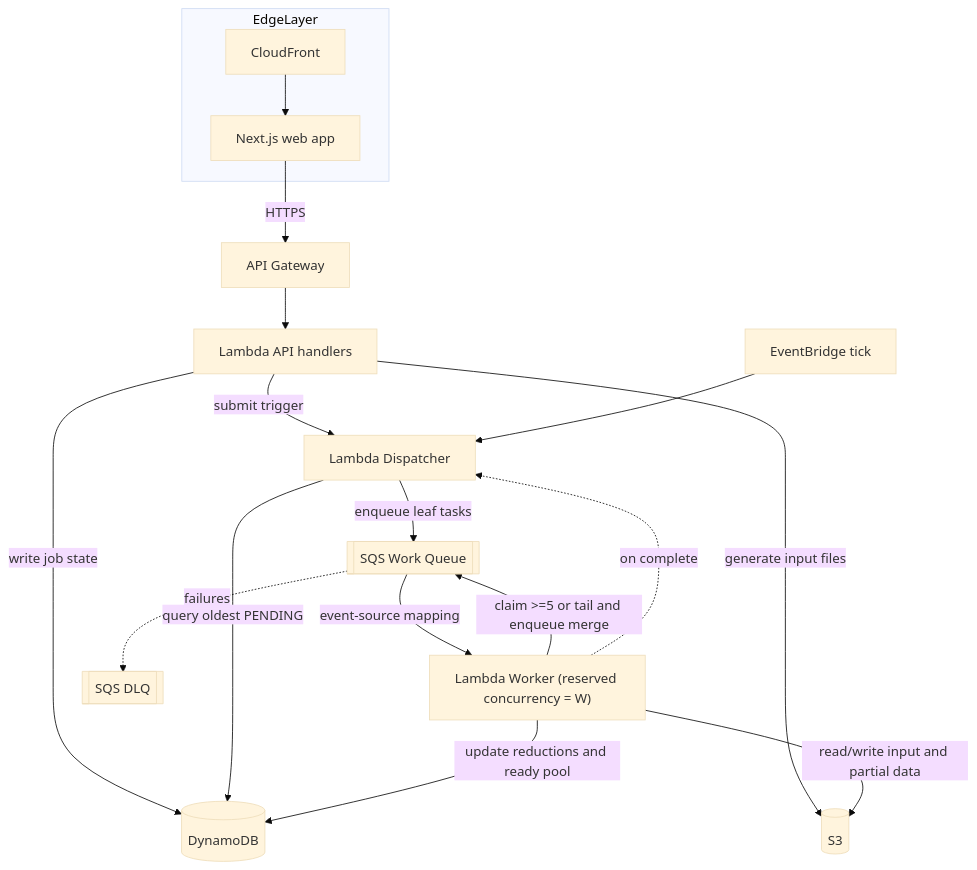
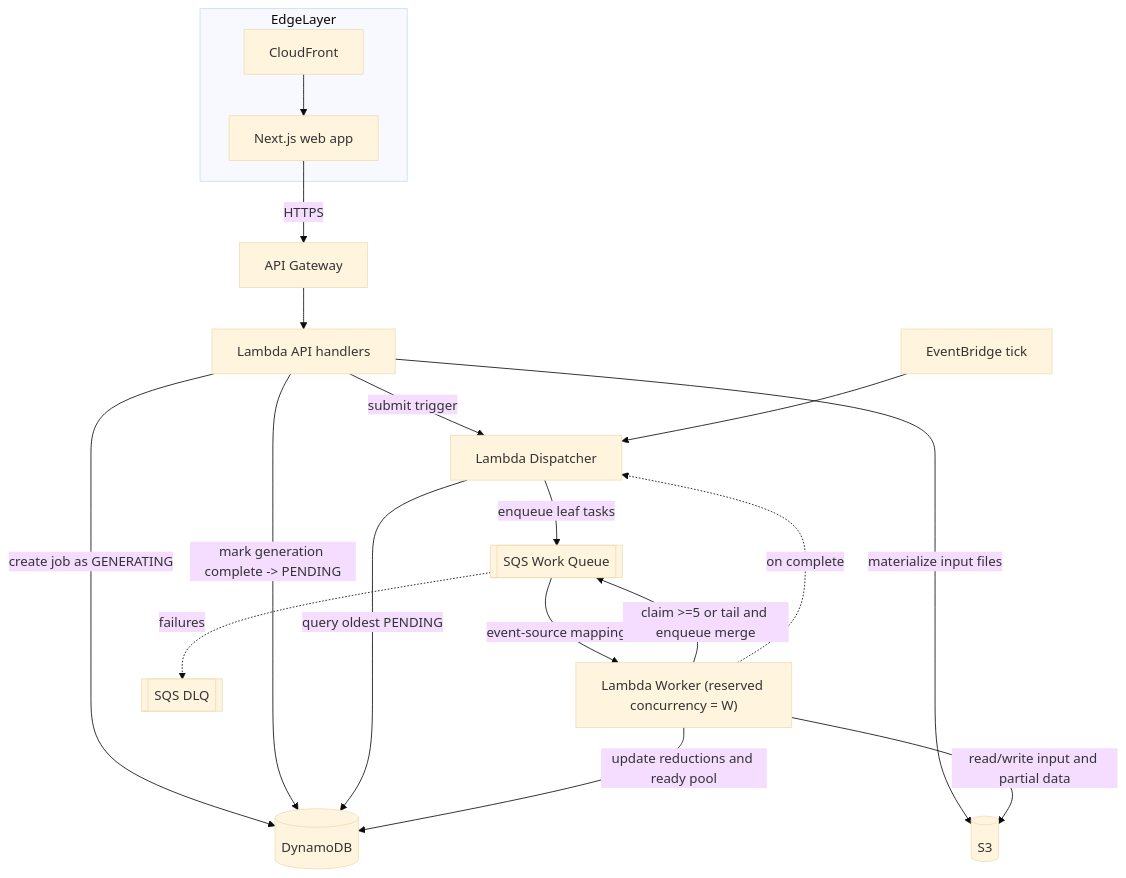
The diagram in docs/diagrams/architecture.md (anujj-ti/aggregate-scores), drawn with Mermaid (base theme) before and after one commit. The commit also changed other lines of this file and 62 other files, not shown here.

First line of the commit message:
Harden fleet accounting and cancellation paths, and sync architecture docs.

````diff
--- a/docs/diagrams/architecture.md
+++ b/docs/diagrams/architecture.md
@@ -5,28 +6,29 @@
 ```mermaid
 flowchart TB
     subgraph edgeLayer [EdgeLayer]
         cloudFront[CloudFront]
         webApp["Next.js web app"]
     end
 
     webApp -->|HTTPS| apiGw[API Gateway]
     apiGw --> apiLambda["Lambda API handlers"]
 
-    apiLambda -->|write job state| ddb[(DynamoDB)]
-    apiLambda -->|generate input files| s3[(S3)]
+    apiLambda -->|create job as GENERATING| ddb[(DynamoDB)]
+    apiLambda -->|materialize input files| s3[(S3)]
+    apiLambda -->|mark generation complete -> PENDING| ddb
     apiLambda -->|submit trigger| dispatcher["Lambda Dispatcher"]
 
     eventBridge["EventBridge tick"] --> dispatcher
     dispatcher -->|query oldest PENDING| ddb
     dispatcher -->|enqueue leaf tasks| workQueue[[SQS Work Queue]]
 
     workQueue -->|event-source mapping| worker["Lambda Worker (reserved concurrency = W)"]
     workQueue -. failures .-> dlq[[SQS DLQ]]
 
     worker -->|read/write input and partial data| s3
     worker -->|update reductions and ready pool| ddb
     worker -->|claim >=5 or tail and enqueue merge| workQueue
     worker -. on complete .-> dispatcher
 
     cloudFront --> webApp
 ```
````
